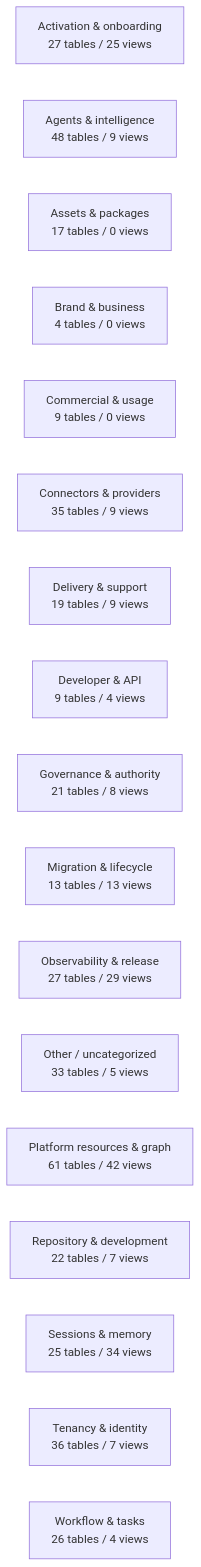
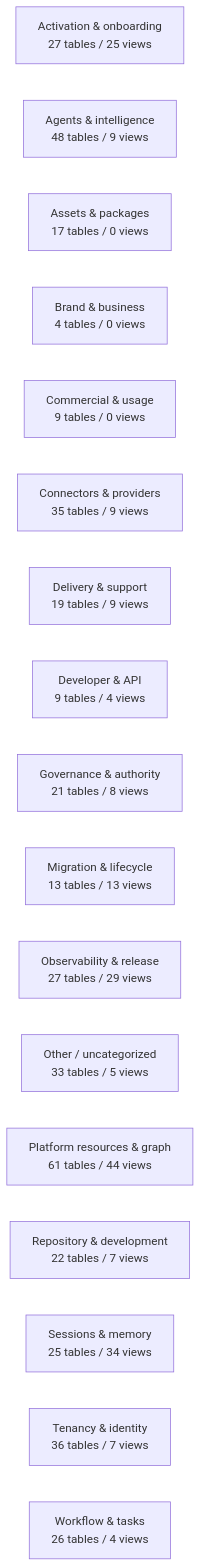
The diagram in docs/work-maps/data-model-domain-map.md (mad4bdigital-ai/multi-business-multi-role-growth-intelligence-os), drawn with Mermaid before and after one commit. The commit also changed other lines of this file and 4 other files, not shown here.

````diff
--- a/docs/work-maps/data-model-domain-map.md
+++ b/docs/work-maps/data-model-domain-map.md
@@ -9,20 +9,20 @@
 ```mermaid
 flowchart LR
   n_Activation___onboarding["Activation & onboarding<br/>27 tables / 25 views"]
   n_Agents___intelligence["Agents & intelligence<br/>48 tables / 9 views"]
   n_Assets___packages["Assets & packages<br/>17 tables / 0 views"]
   n_Brand___business["Brand & business<br/>4 tables / 0 views"]
   n_Commercial___usage["Commercial & usage<br/>9 tables / 0 views"]
   n_Connectors___providers["Connectors & providers<br/>35 tables / 9 views"]
   n_Delivery___support["Delivery & support<br/>19 tables / 9 views"]
   n_Developer___API["Developer & API<br/>9 tables / 4 views"]
   n_Governance___authority["Governance & authority<br/>21 tables / 8 views"]
   n_Migration___lifecycle["Migration & lifecycle<br/>13 tables / 13 views"]
   n_Observability___release["Observability & release<br/>27 tables / 29 views"]
   n_Other___uncategorized["Other / uncategorized<br/>33 tables / 5 views"]
-  n_Platform_resources___graph["Platform resources & graph<br/>61 tables / 42 views"]
+  n_Platform_resources___graph["Platform resources & graph<br/>61 tables / 44 views"]
   n_Repository___development["Repository & development<br/>22 tables / 7 views"]
   n_Sessions___memory["Sessions & memory<br/>25 tables / 34 views"]
   n_Tenancy___identity["Tenancy & identity<br/>36 tables / 7 views"]
   n_Workflow___tasks["Workflow & tasks<br/>26 tables / 4 views"]
 ```
````
